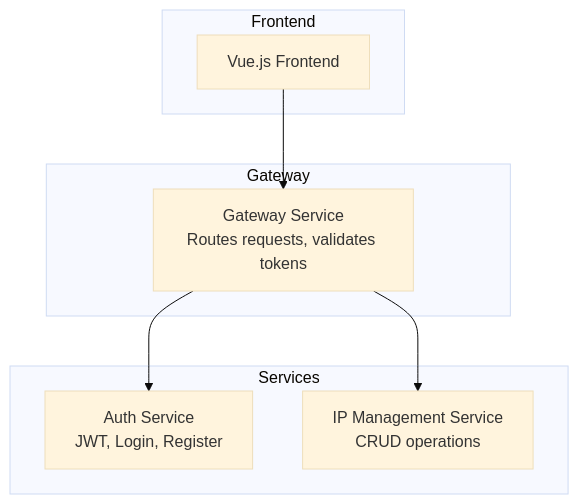
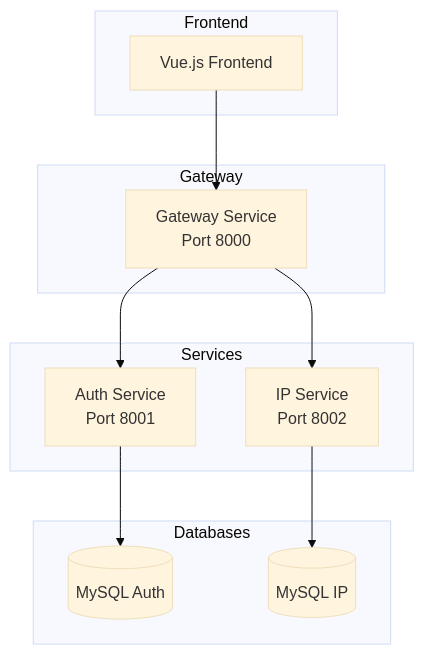
One commit to acg8326/ipam-microservices changed the diagram in README.md. Above: the diagram before and after it, drawn with Mermaid (base theme). The commit also changed other lines of this file, not shown here.

````diff
--- a/README.md
+++ b/README.md
@@ -6,19 +7,26 @@
 ```mermaid
 flowchart TB
     subgraph Frontend
         VUE[Vue.js Frontend]
     end
     
     subgraph Gateway
-        GW[Gateway Service<br/>Routes requests, validates tokens]
+        GW[Gateway Service<br/>Port 8000]
     end
     
     subgraph Services
-        AUTH[Auth Service<br/>JWT, Login, Register]
-        IP[IP Management Service<br/>CRUD operations]
+        AUTH[Auth Service<br/>Port 8001]
+        IP[IP Service<br/>Port 8002]
+    end
+    
+    subgraph Databases
+        DB1[(MySQL Auth)]
+        DB2[(MySQL IP)]
     end
     
     VUE --> GW
     GW --> AUTH
     GW --> IP
+    AUTH --> DB1
+    IP --> DB2
 ```
````
